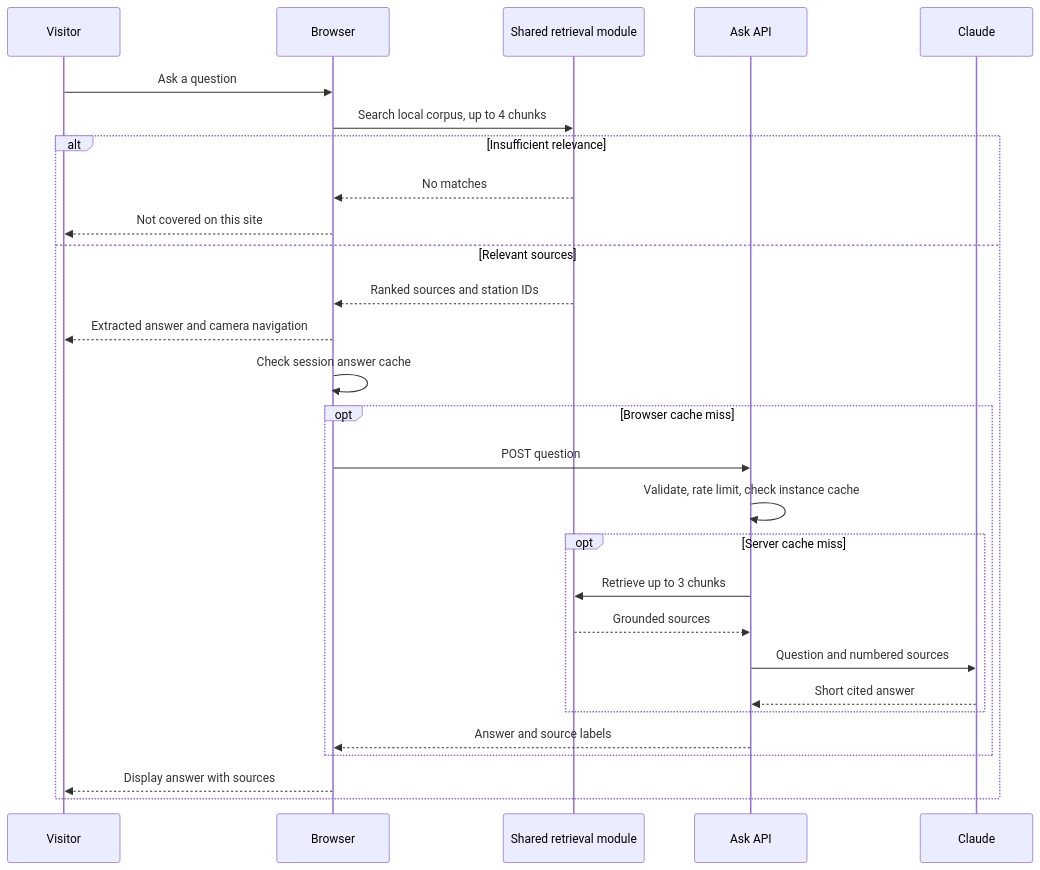
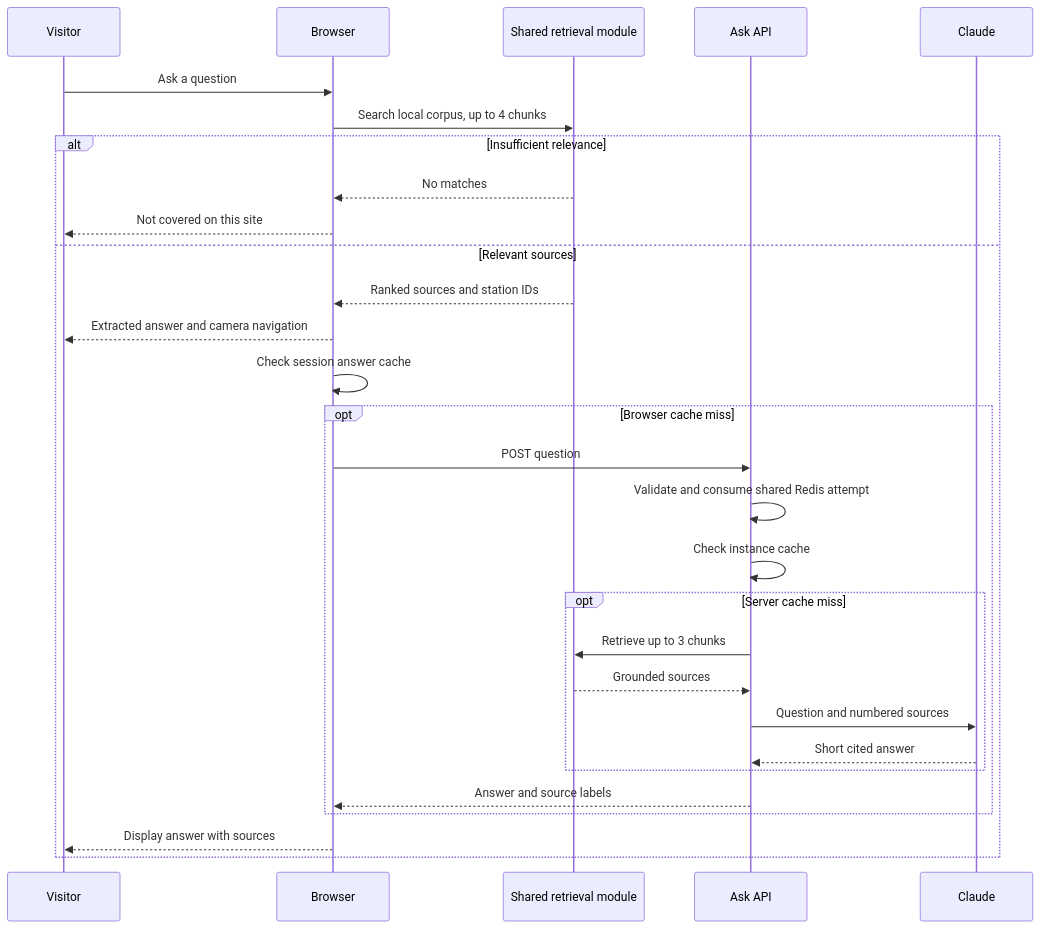
One commit to akabonge/alo_rag2 changed the fourth of 6 diagrams in docs/ARCHITECTURE.md. Above: the diagram before and after it, drawn with Mermaid. The commit also changed other lines of this file and 59 other files, not shown here.

````diff
--- a/docs/ARCHITECTURE.md
+++ b/docs/ARCHITECTURE.md
@@ -79,30 +79,31 @@
 ```mermaid
 sequenceDiagram
     participant V as Visitor
     participant B as Browser
     participant R as Shared retrieval module
     participant A as Ask API
     participant C as Claude
     V->>B: Ask a question
     B->>R: Search local corpus, up to 4 chunks
     alt Insufficient relevance
         R-->>B: No matches
         B-->>V: Not covered on this site
     else Relevant sources
         R-->>B: Ranked sources and station IDs
         B-->>V: Extracted answer and camera navigation
         B->>B: Check session answer cache
         opt Browser cache miss
             B->>A: POST question
-            A->>A: Validate, rate limit, check instance cache
+            A->>A: Validate and consume shared Redis attempt
+            A->>A: Check instance cache
             opt Server cache miss
                 A->>R: Retrieve up to 3 chunks
                 R-->>A: Grounded sources
                 A->>C: Question and numbered sources
                 C-->>A: Short cited answer
             end
             A-->>B: Answer and source labels
         end
         B-->>V: Display answer with sources
     end
 ```
````
